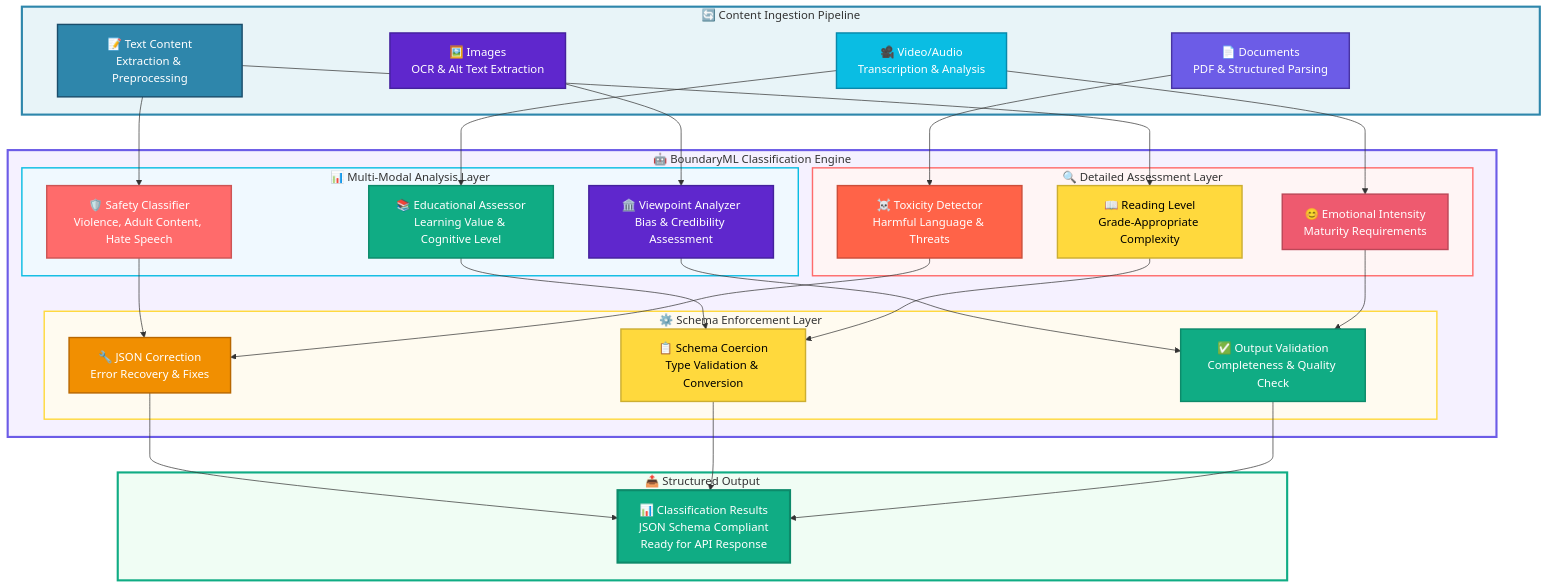
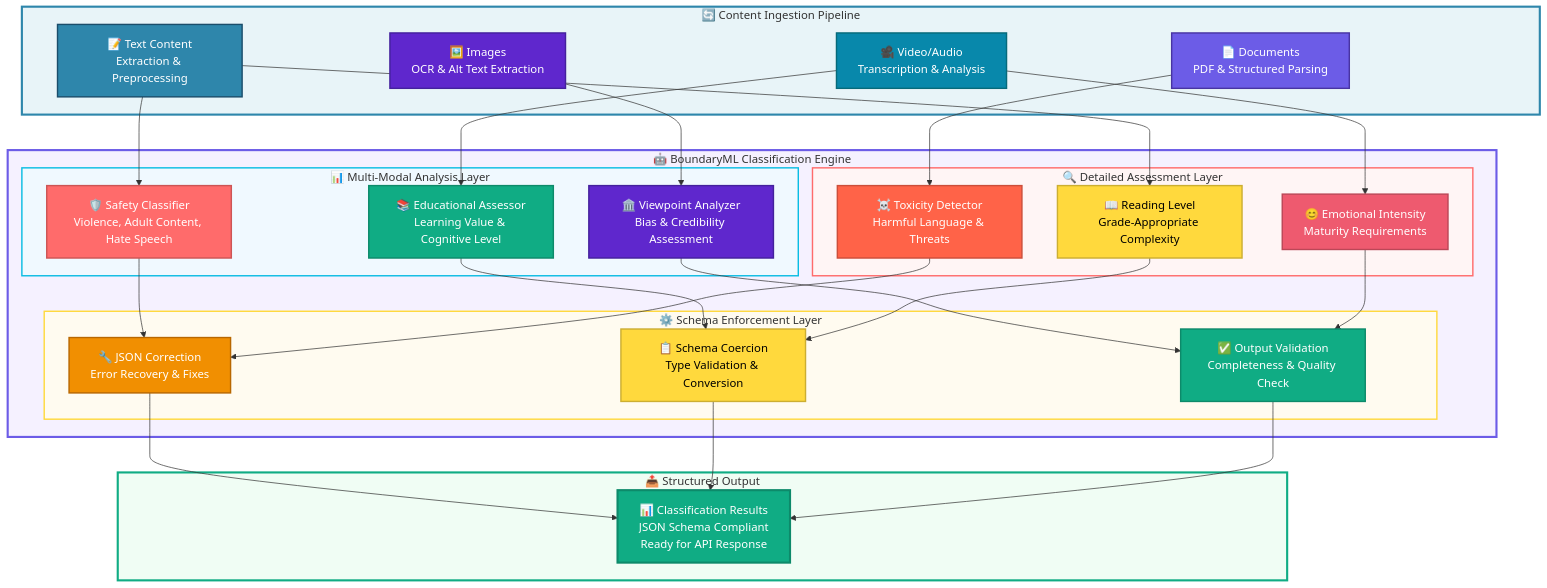
One commit to gitmujoshi/ai-curation-engine-cursor-generated changed the third of 13 diagrams in docs/architecture/AI_Curation_Engine_Architecture.md. Above: the diagram before and after it, drawn with Mermaid. The commit also changed other lines of this file and 6 other files, not shown here.

First line of the commit message:
Fix text contrast issues in architecture diagrams

````diff
--- a/docs/architecture/AI_Curation_Engine_Architecture.md
+++ b/docs/architecture/AI_Curation_Engine_Architecture.md
@@ -329,74 +329,74 @@
 ```mermaid
 flowchart TD
     subgraph INGESTION["🔄 Content Ingestion Pipeline"]
         TXT["📝 Text Content<br/>Extraction & Preprocessing"]
         VID["🎥 Video/Audio<br/>Transcription & Analysis"]
         IMG["🖼️ Images<br/>OCR & Alt Text Extraction"]
         DOC["📄 Documents<br/>PDF & Structured Parsing"]
     end
     
     subgraph BML_ENGINE["🤖 BoundaryML Classification Engine"]
         subgraph MULTI["📊 Multi-Modal Analysis Layer"]
             SAFE["🛡️ Safety Classifier<br/>Violence, Adult Content, Hate Speech"]
             EDU["📚 Educational Assessor<br/>Learning Value & Cognitive Level"]
             VIEW["🏛️ Viewpoint Analyzer<br/>Bias & Credibility Assessment"]
         end
         
         subgraph DETAIL["🔍 Detailed Assessment Layer"]
             TOX["☠️ Toxicity Detector<br/>Harmful Language & Threats"]
             READ["📖 Reading Level<br/>Grade-Appropriate Complexity"]
             EMO["😊 Emotional Intensity<br/>Maturity Requirements"]
         end
         
         subgraph ENFORCE["⚙️ Schema Enforcement Layer"]
             JSON["🔧 JSON Correction<br/>Error Recovery & Fixes"]
             COERCE["📋 Schema Coercion<br/>Type Validation & Conversion"]
             VALID["✅ Output Validation<br/>Completeness & Quality Check"]
         end
     end
     
     subgraph OUTPUT["📤 Structured Output"]
         RESULT["📊 Classification Results<br/>JSON Schema Compliant<br/>Ready for API Response"]
     end
     
     TXT --> SAFE
     VID --> EDU
     IMG --> VIEW
     DOC --> TOX
     TXT --> READ
     VID --> EMO
     
     SAFE --> JSON
     EDU --> COERCE
     VIEW --> VALID
     TOX --> JSON
     READ --> COERCE
     EMO --> VALID
     
     JSON --> RESULT
     COERCE --> RESULT
     VALID --> RESULT
     
     %% Professional color scheme with gradients
     style INGESTION fill:#E8F4F8,stroke:#2E86AB,stroke-width:3px
     style BML_ENGINE fill:#F5F1FF,stroke:#6C5CE7,stroke-width:3px
     style MULTI fill:#F0F9FF,stroke:#0ABDE3,stroke-width:2px
     style DETAIL fill:#FFF5F5,stroke:#FF6B6B,stroke-width:2px
     style ENFORCE fill:#FFFBF0,stroke:#FFD93D,stroke-width:2px
     style OUTPUT fill:#F0FDF4,stroke:#10AC84,stroke-width:3px
     
     style TXT fill:#2E86AB,stroke:#1A4D6B,stroke-width:2px,color:#fff
-    style VID fill:#0ABDE3,stroke:#0888AB,stroke-width:2px,color:#fff
+    style VID fill:#0888AB,stroke:#066A7A,stroke-width:2px,color:#fff
     style IMG fill:#5F27CD,stroke:#44219D,stroke-width:2px,color:#fff
     style DOC fill:#6C5CE7,stroke:#4834A3,stroke-width:2px,color:#fff
     style SAFE fill:#FF6B6B,stroke:#CC5555,stroke-width:2px,color:#fff
     style EDU fill:#10AC84,stroke:#0D8A6A,stroke-width:2px,color:#fff
     style VIEW fill:#5F27CD,stroke:#44219D,stroke-width:2px,color:#fff
     style TOX fill:#FF6348,stroke:#CC4E3A,stroke-width:2px,color:#fff
     style READ fill:#FFD93D,stroke:#CCAE31,stroke-width:2px,color:#000
     style EMO fill:#EE5A6F,stroke:#BB4757,stroke-width:2px,color:#fff
     style JSON fill:#F18F01,stroke:#B86700,stroke-width:2px,color:#fff
     style COERCE fill:#FFD93D,stroke:#CCAE31,stroke-width:2px,color:#000
     style VALID fill:#10AC84,stroke:#0D8A6A,stroke-width:2px,color:#fff
     style RESULT fill:#10AC84,stroke:#0D8A6A,stroke-width:3px,color:#fff
 ```
````
